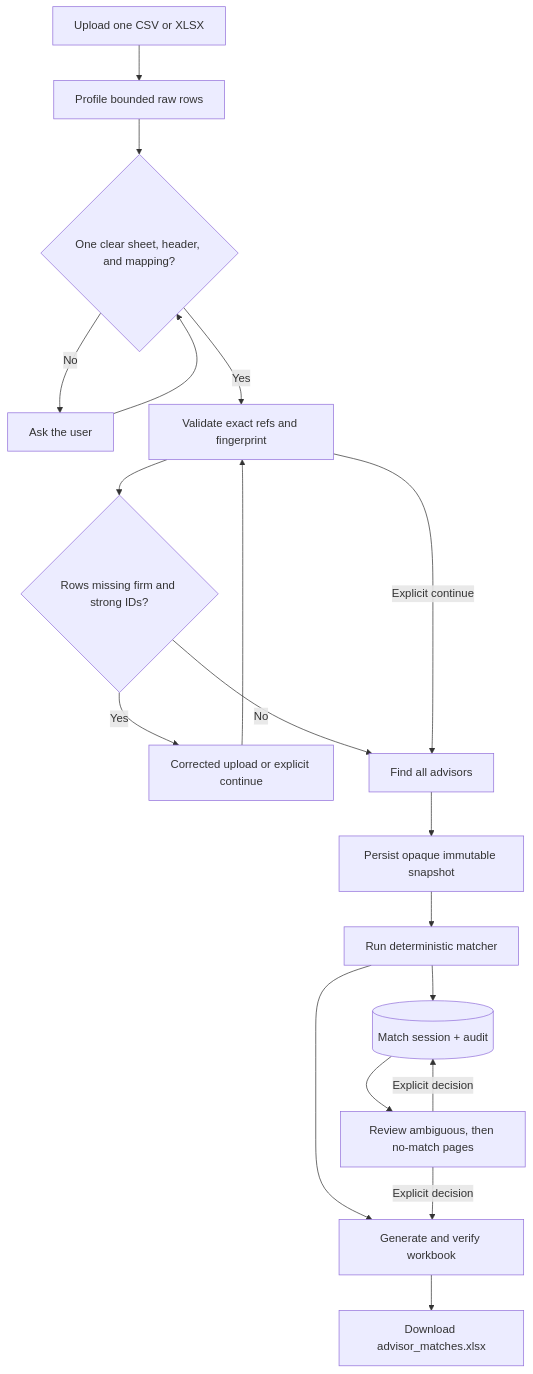
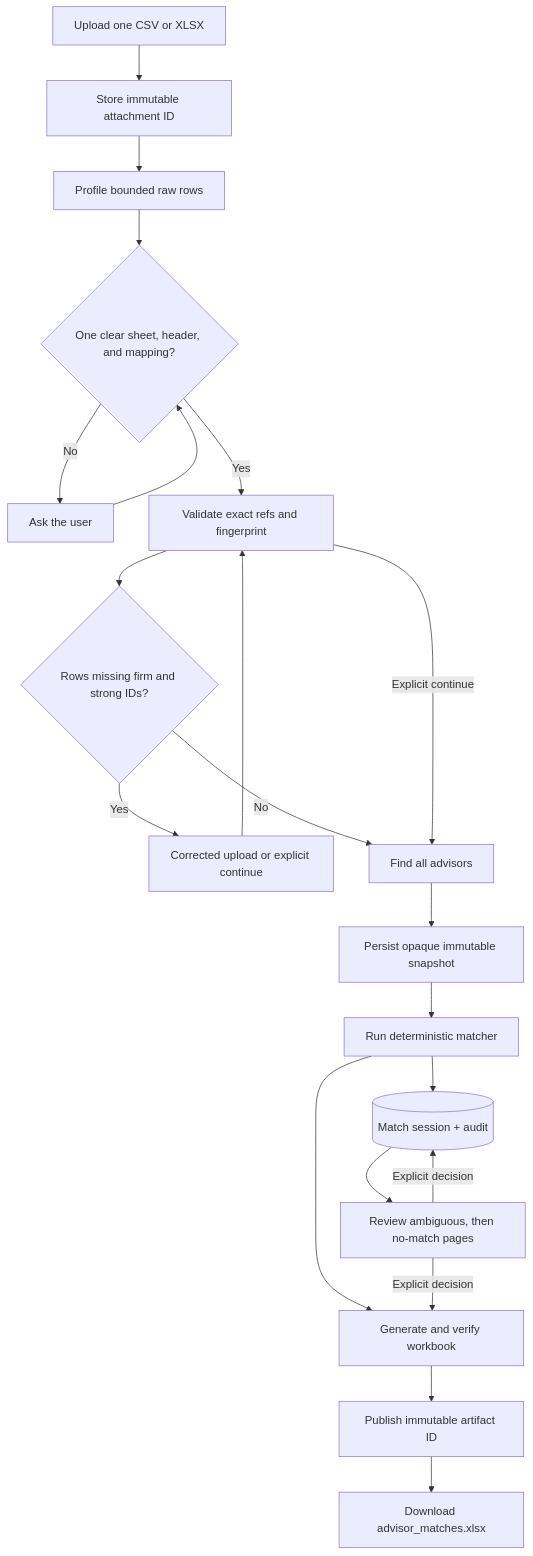
Before and after one commit to lizequnwz/deepagents-agents: the first of 2 diagrams in advisor-match-agent/docs/ADVISOR_MATCH_WORKFLOW_WALKTHROUGH.md, drawn with Mermaid. The commit also changed other lines of this file and 37 other files, not shown here.

````diff
--- a/advisor-match-agent/docs/ADVISOR_MATCH_WORKFLOW_WALKTHROUGH.md
+++ b/advisor-match-agent/docs/ADVISOR_MATCH_WORKFLOW_WALKTHROUGH.md
@@ -7,19 +7,21 @@
 ```mermaid
 flowchart TD
-    U["Upload one CSV or XLSX"] --> P["Profile bounded raw rows"]
+    U["Upload one CSV or XLSX"] --> A["Store immutable attachment ID"]
+    A --> P["Profile bounded raw rows"]
     P --> I{"One clear sheet, header, and mapping?"}
     I -->|No| Q["Ask the user"] --> I
     I -->|Yes| V["Validate exact refs and fingerprint"]
     V --> F{"Rows missing firm and strong IDs?"}
     F -->|Yes| C["Corrected upload or explicit continue"] --> V
     F -->|No| R["Find all advisors"]
     V -->|Explicit continue| R
     R --> S["Persist opaque immutable snapshot"]
     S --> M["Run deterministic matcher"]
     M --> DB[("Match session + audit")]
     M --> W["Generate and verify workbook"]
     DB --> E["Review ambiguous, then no-match pages"]
     E -->|Explicit decision| DB
     E -->|Explicit decision| W
-    W --> D["Download advisor_matches.xlsx"]
+    W --> X["Publish immutable artifact ID"]
+    X --> D["Download advisor_matches.xlsx"]
 ```
````
